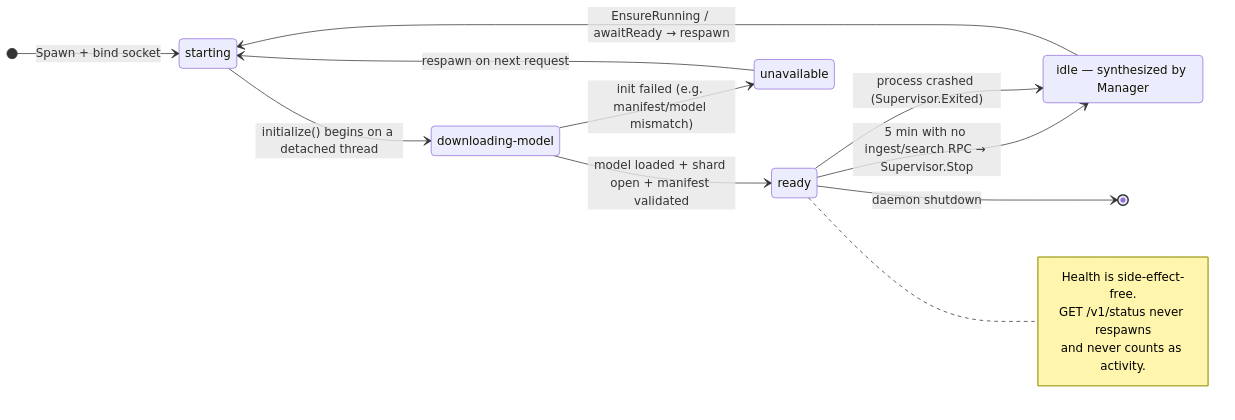
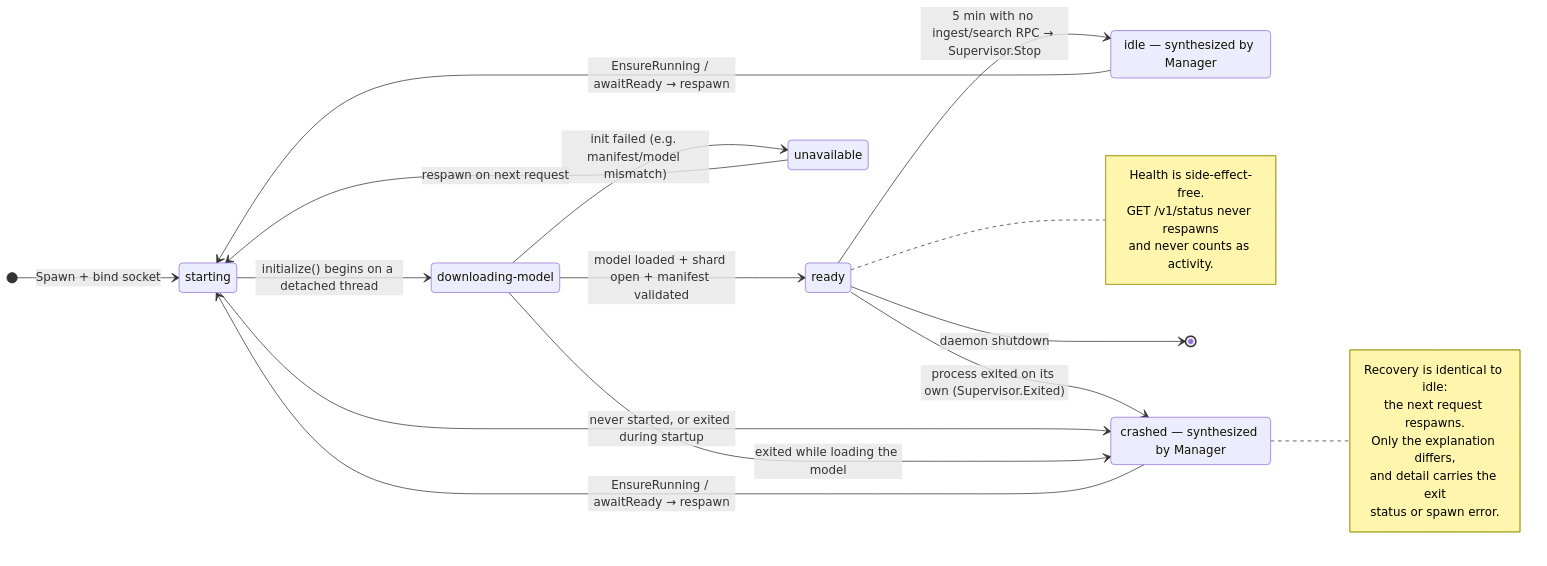
Diagram 13 of 17 in docs/diagrams.md (alDuncanson/lum), drawn with Mermaid before and after one commit. The commit also changed other lines of this file and 7 other files, not shown here.

````diff
--- a/docs/diagrams.md
+++ b/docs/diagrams.md
@@ -598,25 +598,37 @@
 ```mermaid
 stateDiagram-v2
     direction LR
     state "starting" as S
     state "downloading-model" as D
     state "ready" as R
     state "unavailable" as U
     state "idle — synthesized by Manager" as I
+    state "crashed — synthesized by Manager" as X
 
     [*] --> S: Spawn + bind socket
     S --> D: initialize() begins on a detached thread
     D --> R: model loaded + shard open + manifest validated
     D --> U: init failed (e.g. manifest/model mismatch)
     R --> I: 5 min with no ingest/search RPC → Supervisor.Stop
-    R --> I: process crashed (Supervisor.Exited)
+    R --> X: process exited on its own (Supervisor.Exited)
+    S --> X: never started, or exited during startup
+    D --> X: exited while loading the model
     I --> S: EnsureRunning / awaitReady → respawn
+    X --> S: EnsureRunning / awaitReady → respawn
     U --> S: respawn on next request
     R --> [*]: daemon shutdown
 
     note right of R
         Health is side-effect-free.
         GET /v1/status never respawns
         and never counts as activity.
     end note
+
+    note right of X
+        Recovery is identical to idle:
+        the next request respawns.
+        Only the explanation differs,
+        and detail carries the exit
+        status or spawn error.
+    end note
 ```
````
